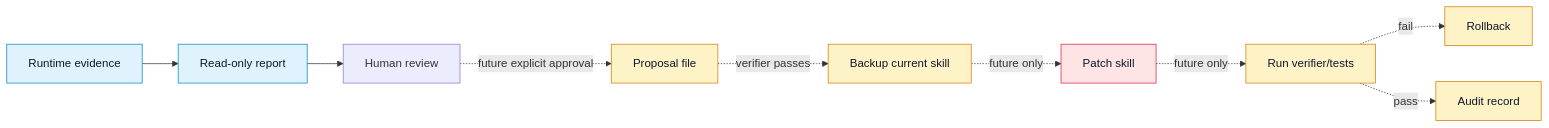
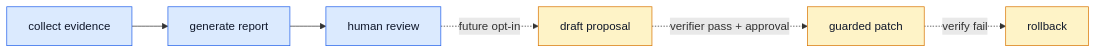
One commit to pingchesu/hermes-curator-evolver changed the second of 2 diagrams in docs/architecture.md. Above: the diagram before and after it, drawn with Mermaid. The commit also changed other lines of this file and 1 other file, not shown here.

Commit message:
docs: simplify architecture and model plan

````diff
--- a/docs/architecture.md
+++ b/docs/architecture.md
@@ -139,19 +64,13 @@
 ```mermaid
 flowchart LR
-    Evidence[Runtime evidence] --> Report[Read-only report]
-    Report --> Human[Human review]
-    Human -. future explicit approval .-> Proposal[Proposal file]
-    Proposal -. verifier passes .-> Backup[Backup current skill]
-    Backup -. future only .-> Patch[Patch skill]
-    Patch -. future only .-> Verify[Run verifier/tests]
-    Verify -. fail .-> Rollback[Rollback]
-    Verify -. pass .-> Audit[Audit record]
+    Evidence[collect evidence] --> Report[generate report]
+    Report --> Review[human review]
+    Review -. future opt-in .-> Proposal[draft proposal]
+    Proposal -. verifier pass + approval .-> Patch[guarded patch]
+    Patch -. verify fail .-> Rollback[rollback]
 
-    classDef readonly fill:#e0f2fe,stroke:#0284c7,color:#0f172a;
+    classDef current fill:#dbeafe,stroke:#2563eb,color:#0f172a;
     classDef future fill:#fef3c7,stroke:#d97706,color:#0f172a;
-    classDef danger fill:#ffe4e6,stroke:#e11d48,color:#0f172a;
-
-    class Evidence,Report readonly;
-    class Proposal,Backup,Patch,Verify,Rollback,Audit future;
-    class Patch danger;
+    class Evidence,Report,Review current;
+    class Proposal,Patch,Rollback future;
 ```
````
